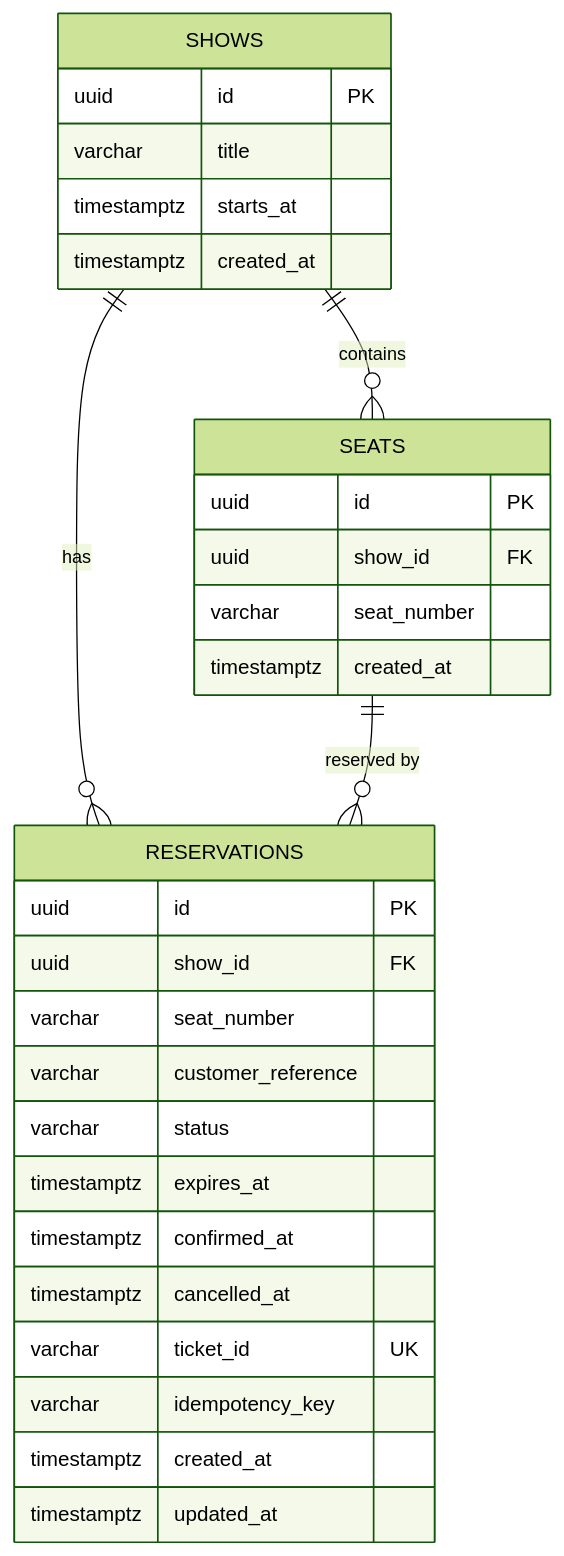
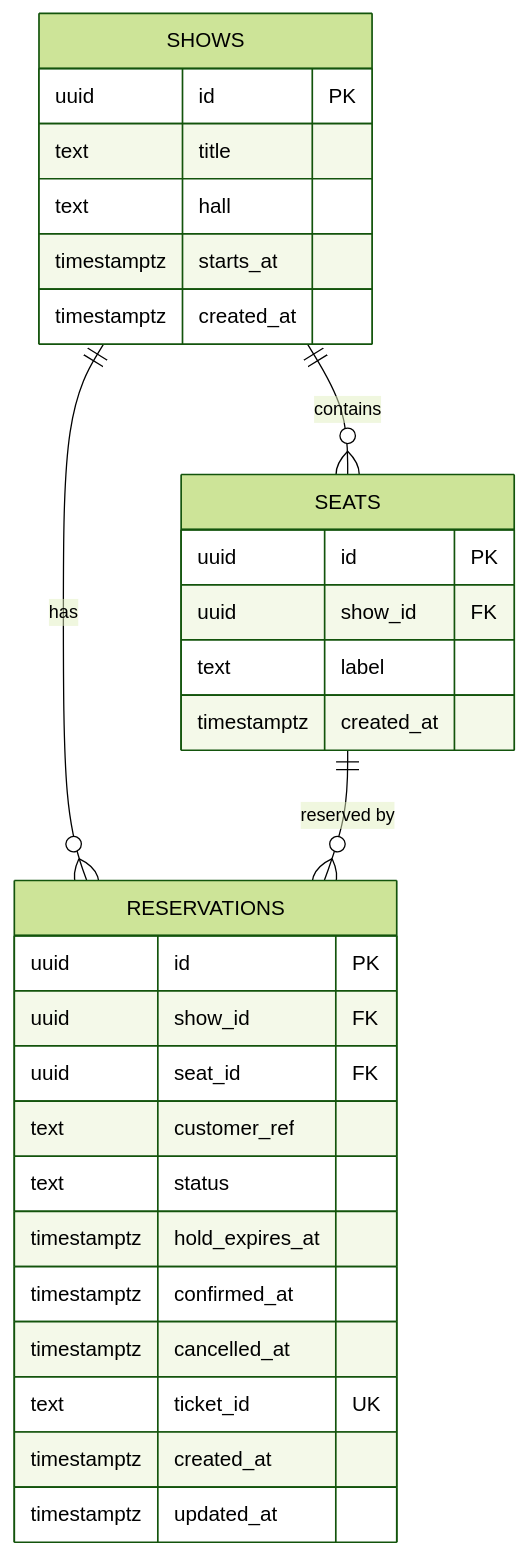
The third of 5 diagrams in docs/ARCHITECTURE.md (Sarvesh-Ranjan-9065/cinema-ticketing), drawn with Mermaid (forest theme) before and after one commit. The commit also changed other lines of this file and 6 other files, not shown here.

Commit message:
docs: align architecture, API spec, and runbook with implementation Update repository documentation to match tested code, database schema, and Docker Compose configuration

````diff
--- a/docs/ARCHITECTURE.md
+++ b/docs/ARCHITECTURE.md
@@ -92,35 +92,35 @@
 ```mermaid
 erDiagram
     SHOWS ||--o{ SEATS : "contains"
     SHOWS ||--o{ RESERVATIONS : "has"
     SEATS ||--o{ RESERVATIONS : "reserved by"
 
     SHOWS {
         uuid id PK
-        varchar title
+        text title
+        text hall
         timestamptz starts_at
         timestamptz created_at
     }
 
     SEATS {
         uuid id PK
         uuid show_id FK
-        varchar seat_number
+        text label
         timestamptz created_at
     }
 
     RESERVATIONS {
         uuid id PK
         uuid show_id FK
-        varchar seat_number
-        varchar customer_reference
-        varchar status
-        timestamptz expires_at
+        uuid seat_id FK
+        text customer_ref
+        text status
+        timestamptz hold_expires_at
         timestamptz confirmed_at
         timestamptz cancelled_at
-        varchar ticket_id UK
-        varchar idempotency_key
+        text ticket_id UK
         timestamptz created_at
         timestamptz updated_at
     }
 ```
````
